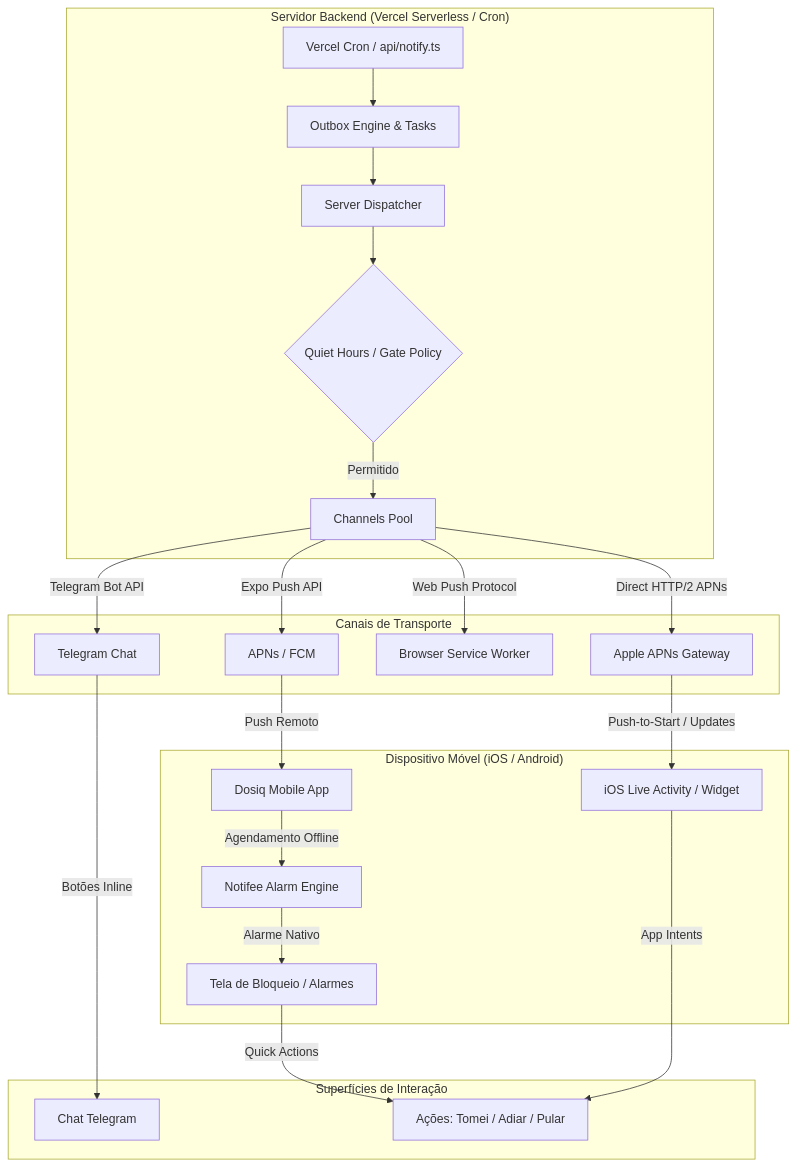
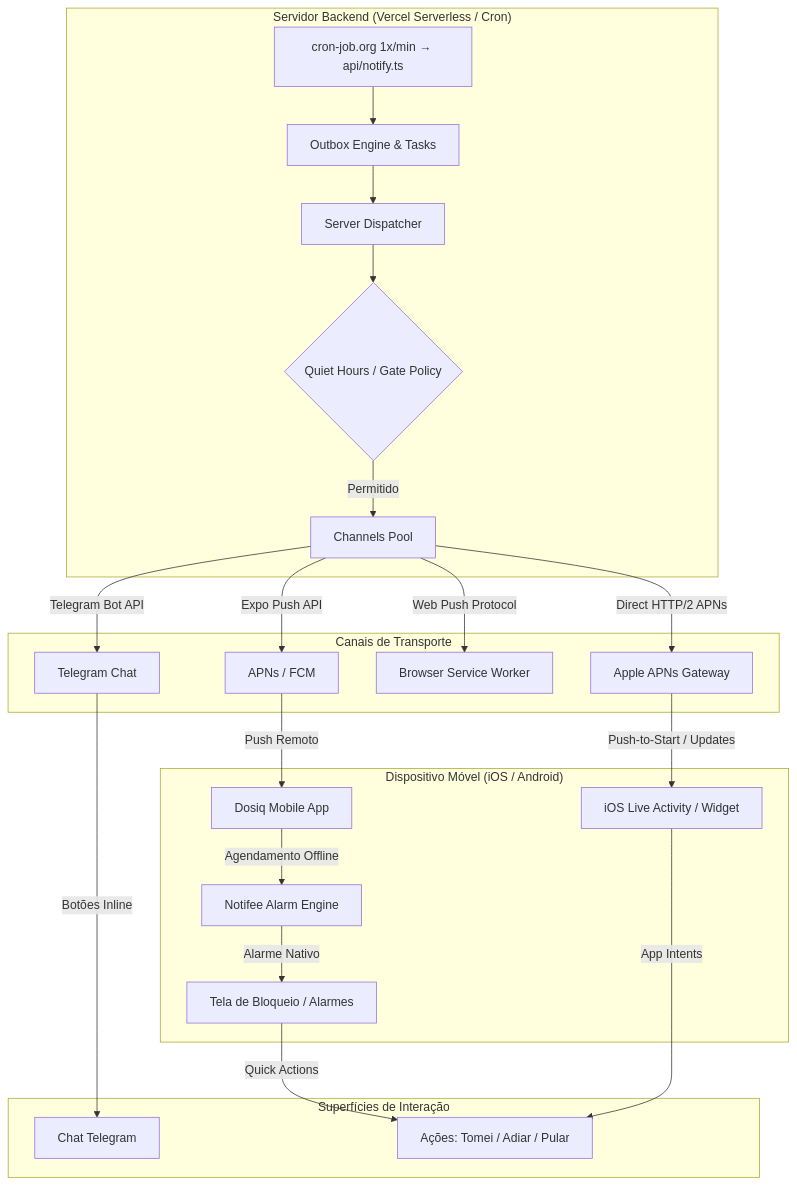
The first of 3 diagrams in docs/architecture/NOTIFICATIONS.md (coelhotv/dosiq), drawn with Mermaid before and after one commit. The commit also changed other lines of this file and 3 other files, not shown here.

````diff
--- a/docs/architecture/NOTIFICATIONS.md
+++ b/docs/architecture/NOTIFICATIONS.md
@@ -39,29 +39,29 @@
 ```mermaid
 flowchart TD
     subgraph Server["Servidor Backend (Vercel Serverless / Cron)"]
-        Cron[Vercel Cron / api/notify.ts] --> Outbox[Outbox Engine & Tasks]
+        Cron[cron-job.org 1x/min → api/notify.ts] --> Outbox[Outbox Engine & Tasks]
         Outbox --> Dispatcher[Server Dispatcher]
         Dispatcher --> GatePolicy{Quiet Hours / Gate Policy}
         GatePolicy -->|Permitido| Channels[Channels Pool]
     end
 
     subgraph Transport["Canais de Transporte"]
         Channels -->|Expo Push API| ExpoPush[APNs / FCM]
         Channels -->|Telegram Bot API| TelegramAPI[Telegram Chat]
         Channels -->|Web Push Protocol| WebPushAPI[Browser Service Worker]
         Channels -->|Direct HTTP/2 APNs| AppleAPNs[Apple APNs Gateway]
     end
 
     subgraph MobileDevice["Dispositivo Móvel (iOS / Android)"]
         ExpoPush -->|Push Remoto| MobileApp[Dosiq Mobile App]
         AppleAPNs -->|Push-to-Start / Updates| LiveActivity[iOS Live Activity / Widget]
         MobileApp -->|Agendamento Offline| NotifeeEngine[Notifee Alarm Engine]
         NotifeeEngine -->|Alarme Nativo| LocalAlarms[Tela de Bloqueio / Alarmes]
     end
 
     subgraph UserInteraction["Superfícies de Interação"]
         TelegramAPI -->|Botões Inline| TelegramUser[Chat Telegram]
         LocalAlarms -->|Quick Actions| UserResponse[Ações: Tomei / Adiar / Pular]
         LiveActivity -->|App Intents| UserResponse
     end
 ```
````
